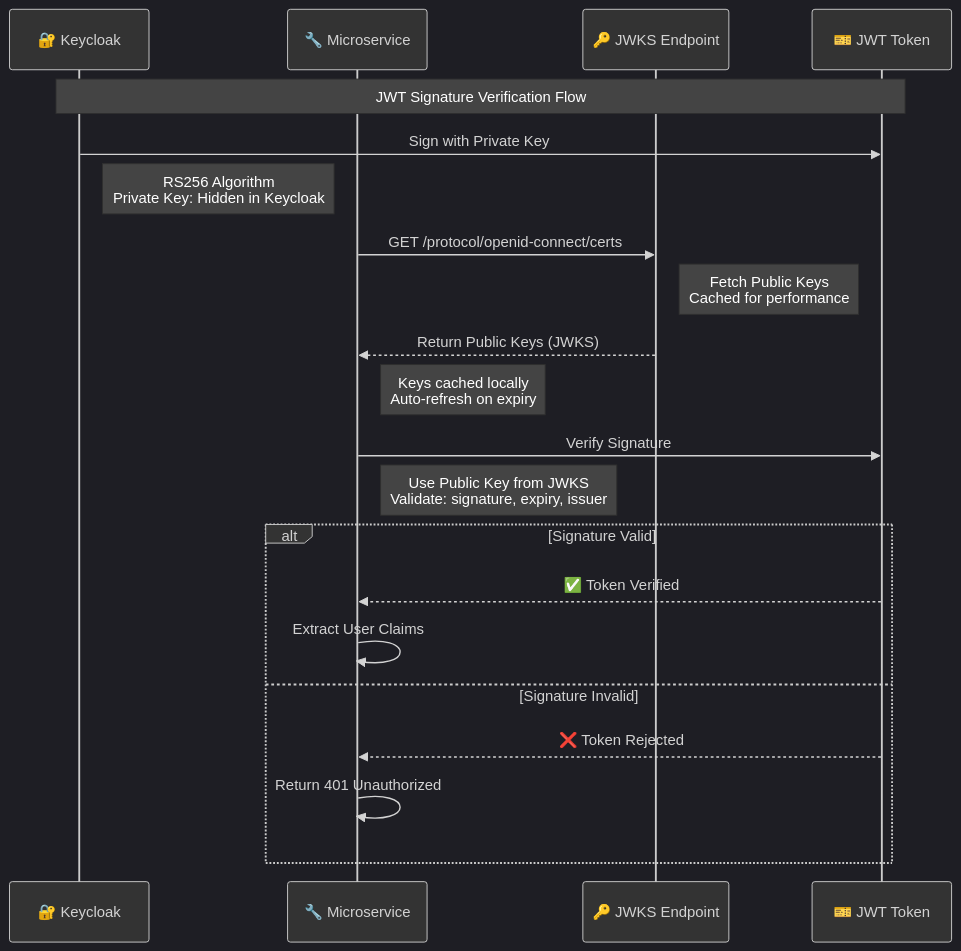
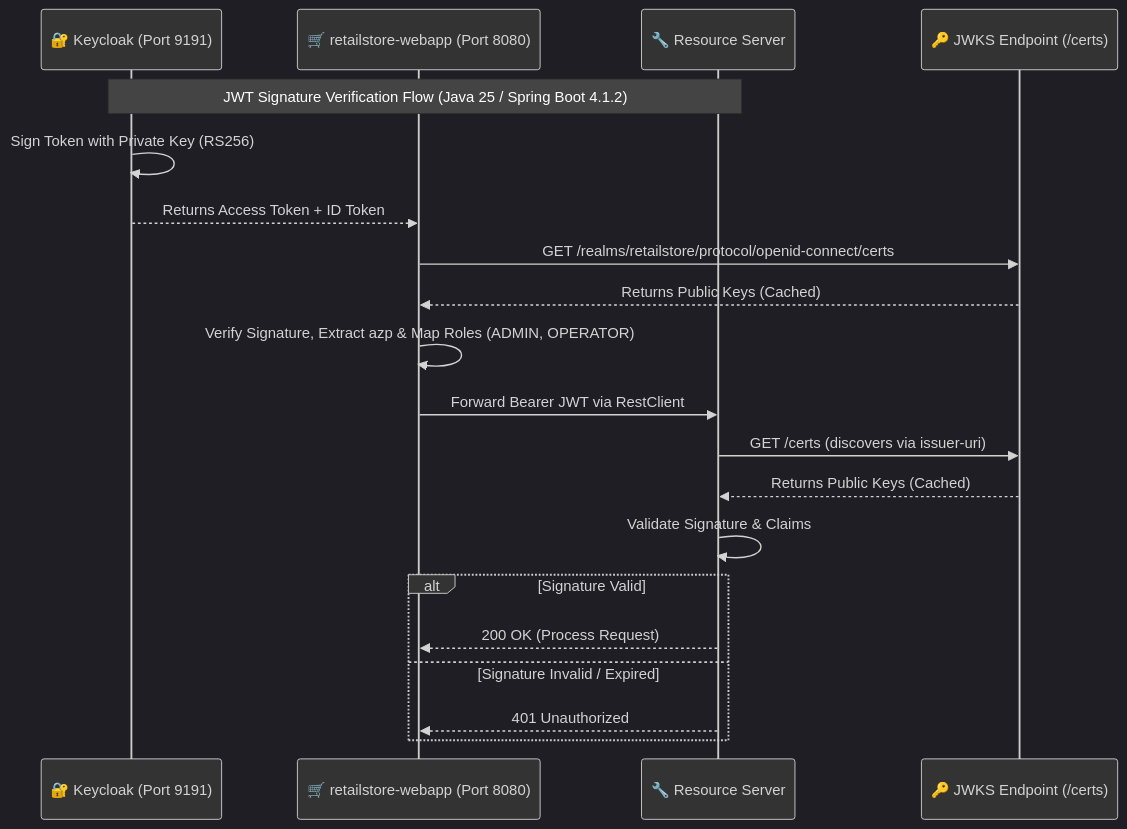
The second of 2 diagrams in retail-store-webapp/JWKS-Keys-Explained.md (rajadilipkolli/spring-boot-microservices-series-v2), drawn with Mermaid before and after one commit. The commit also changed other lines of this file and 51 other files, not shown here.

````diff
--- a/retail-store-webapp/JWKS-Keys-Explained.md
+++ b/retail-store-webapp/JWKS-Keys-Explained.md
@@ -60,29 +55,26 @@
 ```mermaid
-%%{init: {'theme':'dark', 'themeVariables': {'primaryColor': '#333333', 'primaryTextColor': '#ffffff', 'primaryBorderColor': '#ffffff', 'lineColor': '#ffffff', 'secondaryColor': '#444444', 'tertiaryColor': '#555555', 'background': '#000000', 'mainBkg': '#333333', 'secondBkg': '#444444', 'tertiaryBkg': '#555555', 'noteBkgColor': '#444444', 'noteTextColor': '#ffffff'}}}%%sequenceDiagram
-    participant KC as 🔐 Keycloak
-    participant Service as 🔧 Microservice
-    participant JWKS as 🔑 JWKS Endpoint
-    participant JWT as 🎫 JWT Token
+%%{init: {'theme':'dark', 'themeVariables': {'primaryColor': '#333333', 'primaryTextColor': '#ffffff', 'primaryBorderColor': '#ffffff', 'lineColor': '#ffffff', 'secondaryColor': '#444444', 'tertiaryColor': '#555555', 'background': '#000000', 'mainBkg': '#333333', 'secondBkg': '#444444', 'tertiaryBkg': '#555555', 'noteBkgColor': '#444444', 'noteTextColor': '#ffffff'}}}%%
+sequenceDiagram
+    participant KC as 🔐 Keycloak (Port 9191)
+    participant WebApp as 🛒 retailstore-webapp (Port 8080)
+    participant Service as 🔧 Resource Server
+    participant JWKS as 🔑 JWKS Endpoint (/certs)
 
-    Note over KC, JWT: JWT Signature Verification Flow
+    Note over KC, Service: JWT Signature Verification Flow (Java 25 / Spring Boot 4.1.2)
 
-    KC->>JWT: Sign with Private Key
-    Note right of KC: RS256 Algorithm<br/>Private Key: Hidden in Keycloak
-
-    Service->>JWKS: GET /protocol/openid-connect/certs
-    Note right of JWKS: Fetch Public Keys<br/>Cached for performance
-
-    JWKS-->>Service: Return Public Keys (JWKS)
-    Note right of Service: Keys cached locally<br/>Auto-refresh on expiry
-
-    Service->>JWT: Verify Signature
-    Note right of Service: Use Public Key from JWKS<br/>Validate: signature, expiry, issuer
-
+    KC->>KC: Sign Token with Private Key (RS256)
+    KC-->>WebApp: Returns Access Token + ID Token
+    WebApp->>JWKS: GET /realms/retailstore/protocol/openid-connect/certs
+    JWKS-->>WebApp: Returns Public Keys (Cached)
+    WebApp->>WebApp: Verify Signature, Extract azp & Map Roles (ADMIN, OPERATOR)
+    
+    WebApp->>Service: Forward Bearer JWT via RestClient
+    Service->>JWKS: GET /certs (discovers via issuer-uri)
+    JWKS-->>Service: Returns Public Keys (Cached)
+    Service->>Service: Validate Signature & Claims
     alt Signature Valid
-        JWT-->>Service: ✅ Token Verified
-        Service->>Service: Extract User Claims
-    else Signature Invalid
-        JWT-->>Service: ❌ Token Rejected
-        Service->>Service: Return 401 Unauthorized
+        Service-->>WebApp: 200 OK (Process Request)
+    else Signature Invalid / Expired
+        Service-->>WebApp: 401 Unauthorized
     end
 ```
````
